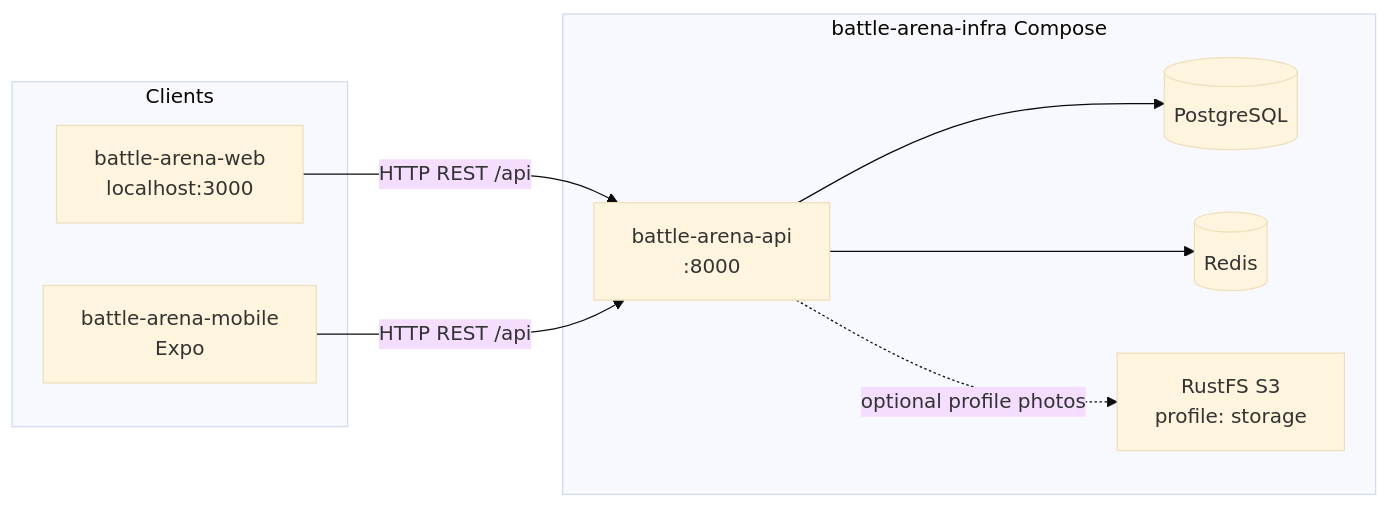
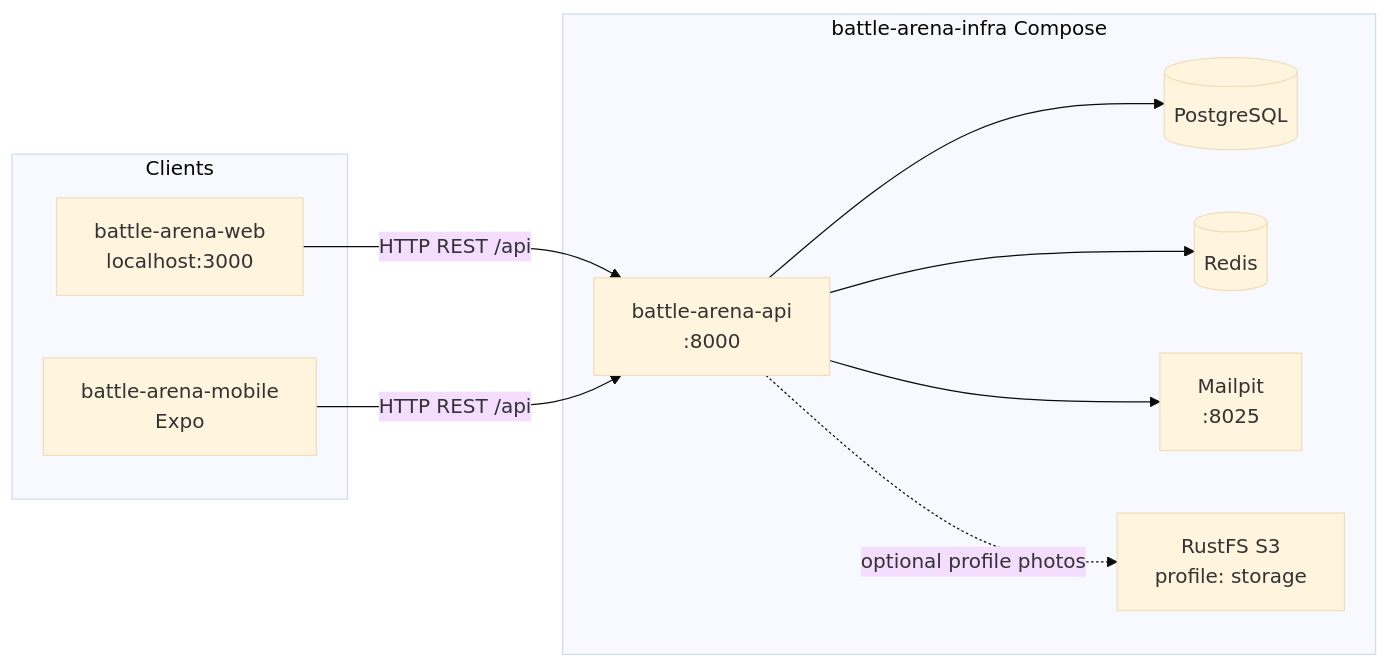
One commit to davisa0876/battle-arena-infra changed the diagram in README.md. Above: the diagram before and after it, drawn with Mermaid (base theme). The commit also changed other lines of this file and 2 other files, not shown here.

````diff
--- a/README.md
+++ b/README.md
@@ -16,20 +16,22 @@
 ```mermaid
 flowchart LR
   subgraph clients [Clients]
     Web[battle-arena-web<br/>localhost:3000]
     Mobile[battle-arena-mobile<br/>Expo]
   end
 
   subgraph compose [battle-arena-infra Compose]
     API[battle-arena-api<br/>:8000]
     PG[(PostgreSQL)]
     Redis[(Redis)]
+    Mail[Mailpit<br/>:8025]
     S3[RustFS S3<br/>profile: storage]
   end
 
   Web -->|HTTP REST /api| API
   Mobile -->|HTTP REST /api| API
   API --> PG
   API --> Redis
+  API --> Mail
   API -.->|optional profile photos| S3
 ```
````
